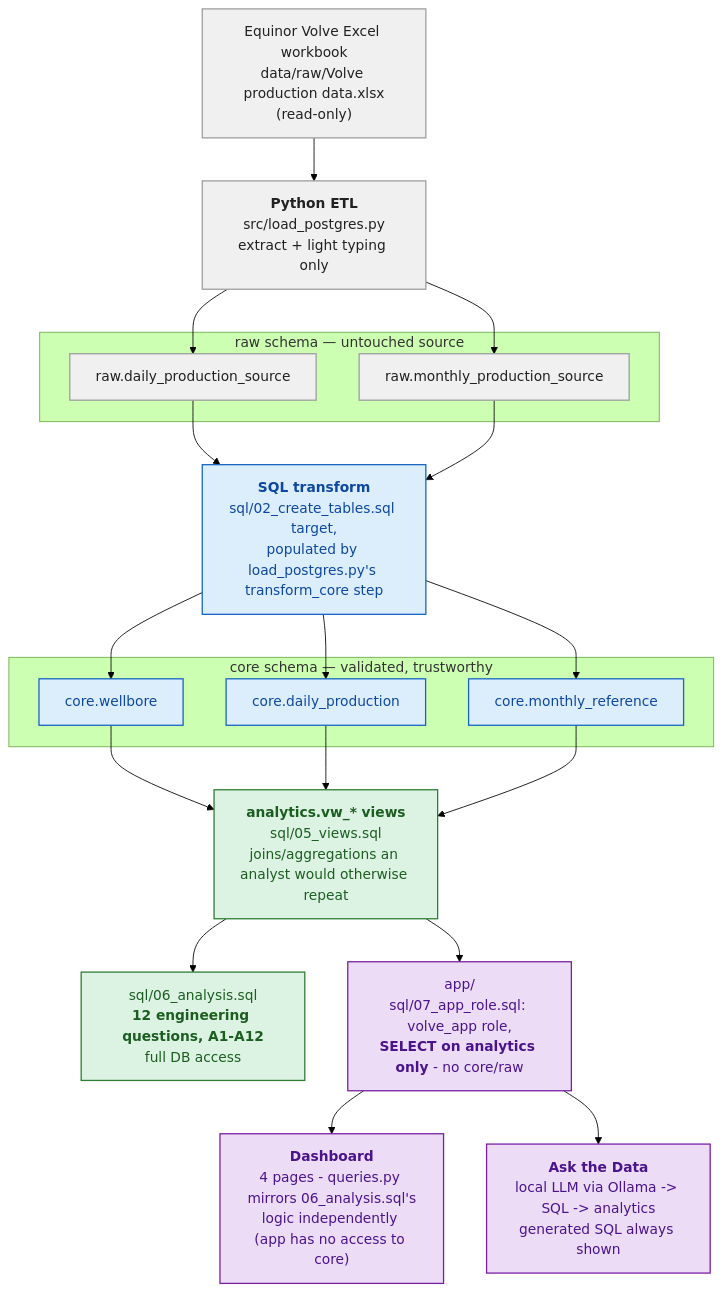
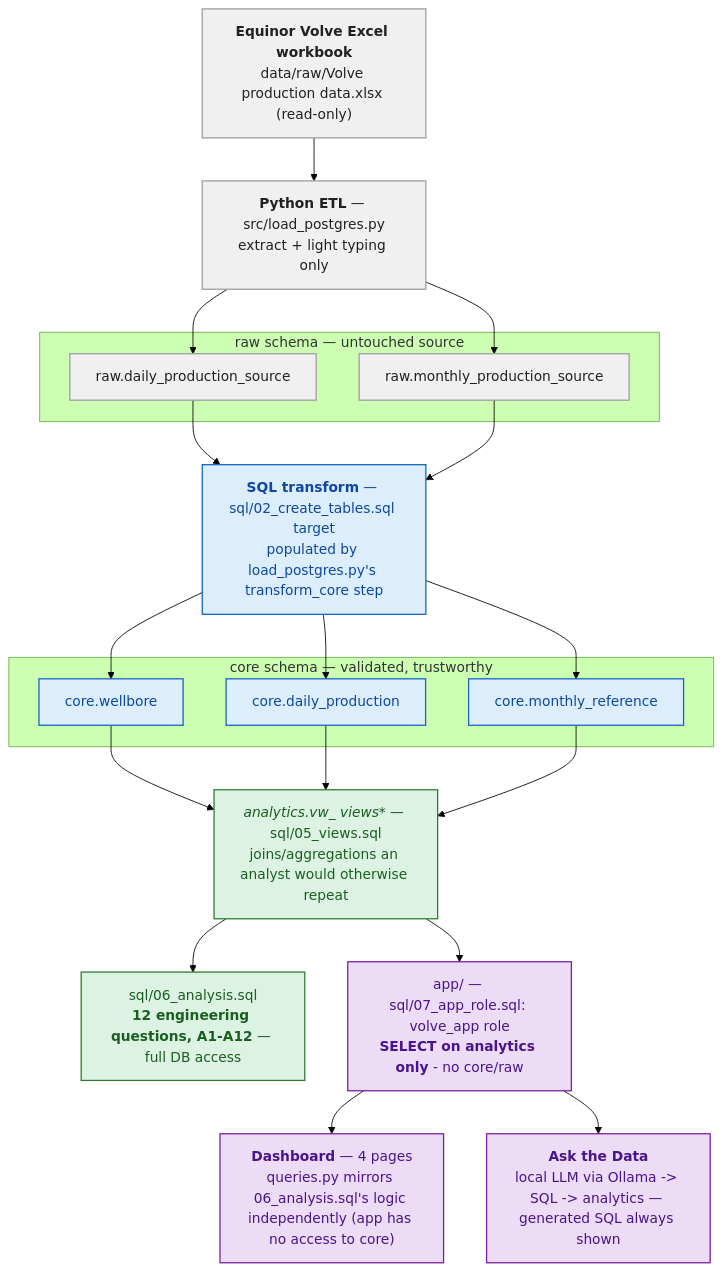
Before and after one commit to djimrastephane/Volve_SQL: the diagram in README.md, drawn with Mermaid (forest theme).

Commit message:
Fix architecture diagram: GitHub strips raw HTML from Mermaid labels
<br/> and <b> tags in node labels were being sanitized away by GitHub's
Mermaid renderer with no space inserted, running adjacent words
together illegibly (e.g. "workbookdata/raw/Volve"). Switched to
Mermaid's native markdown-string node labels (backtick-delimited,
**bold** markdown syntax, literal newlines) instead of raw HTML -
these are parsed by Mermaid itself rather than injected as HTML, so
they survive GitHub's sanitizer.

````diff
--- a/README.md
+++ b/README.md
@@ -143,51 +143,59 @@
 ```mermaid
 flowchart TD
-    A["Equinor Volve Excel workbook<br/>data/raw/Volve production data.xlsx<br/>(read-only)"]
-    B["<b>Python ETL</b><br/>src/load_postgres.py<br/>extract + light typing only"]
+    A["`**Equinor Volve Excel workbook**
+data/raw/Volve production data.xlsx (read-only)`"]
+    B["`**Python ETL** — src/load_postgres.py
+extract + light typing only`"]
     A --> B
 
     subgraph RAW["raw schema — untouched source"]
         C1["raw.daily_production_source"]
         C2["raw.monthly_production_source"]
     end
     B --> C1
     B --> C2
 
-    D["<b>SQL transform</b><br/>sql/02_create_tables.sql target,<br/>populated by load_postgres.py's transform_core step"]
+    D["`**SQL transform** — sql/02_create_tables.sql target
+populated by load_postgres.py's transform_core step`"]
     C1 --> D
     C2 --> D
 
     subgraph CORE["core schema — validated, trustworthy"]
         E1["core.wellbore"]
         E2["core.daily_production"]
         E3["core.monthly_reference"]
     end
     D --> E1
     D --> E2
     D --> E3
 
-    F["<b>analytics.vw_* views</b><br/>sql/05_views.sql<br/>joins/aggregations an analyst would otherwise repeat"]
+    F["`**analytics.vw_* views** — sql/05_views.sql
+joins/aggregations an analyst would otherwise repeat`"]
     E1 --> F
     E2 --> F
     E3 --> F
 
-    G["sql/06_analysis.sql<br/><b>12 engineering questions, A1-A12</b><br/>full DB access"]
-    H["app/<br/>sql/07_app_role.sql: volve_app role,<br/><b>SELECT on analytics only</b> - no core/raw"]
+    G["`sql/06_analysis.sql
+**12 engineering questions, A1-A12** — full DB access`"]
+    H["`app/ — sql/07_app_role.sql: volve_app role
+**SELECT on analytics only** - no core/raw`"]
     F --> G
     F --> H
 
-    I["<b>Dashboard</b><br/>4 pages - queries.py mirrors 06_analysis.sql's<br/>logic independently (app has no access to core)"]
-    J["<b>Ask the Data</b><br/>local LLM via Ollama -> SQL -> analytics<br/>generated SQL always shown"]
+    I["`**Dashboard** — 4 pages
+queries.py mirrors 06_analysis.sql's logic independently (app has no access to core)`"]
+    J["`**Ask the Data**
+local LLM via Ollama -> SQL -> analytics — generated SQL always shown`"]
     H --> I
     H --> J
 
     classDef rawStyle fill:#f0f0f0,stroke:#9e9e9e,color:#212121,stroke-width:1.5px
     classDef coreStyle fill:#dceefb,stroke:#1565c0,color:#0d47a1,stroke-width:1.5px
     classDef analyticsStyle fill:#dcf3e3,stroke:#2e7d32,color:#1b5e20,stroke-width:1.5px
     classDef appStyle fill:#ecdcf5,stroke:#7b1fa2,color:#4a148c,stroke-width:1.5px
 
     class A,B,C1,C2 rawStyle
     class D,E1,E2,E3 coreStyle
     class F,G analyticsStyle
     class H,I,J appStyle
 ```
````
